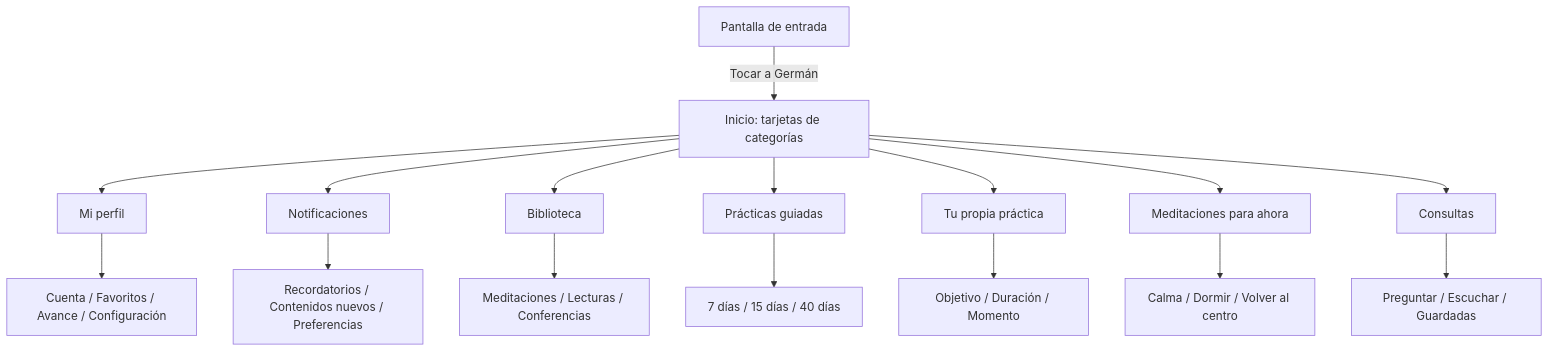
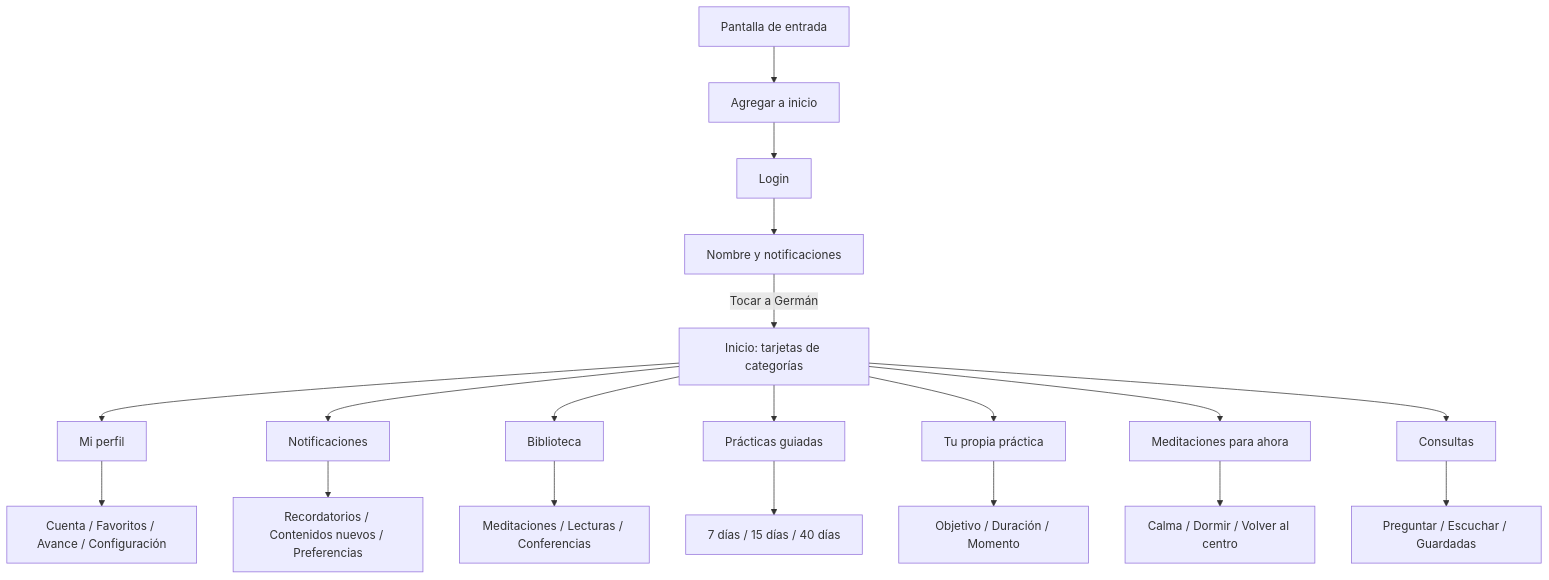
Before and after one commit to Germanmdq/german-landing: the diagram in PROJECT_MAP.md, drawn with Mermaid. The commit also changed other lines of this file and 11 other files, not shown here.

````diff
--- a/PROJECT_MAP.md
+++ b/PROJECT_MAP.md
@@ -7,19 +7,22 @@
 ```mermaid
 flowchart TD
-  A[Pantalla de entrada] -->|Tocar a Germán| B[Inicio: tarjetas de categorías]
+  A[Pantalla de entrada] --> I[Agregar a inicio]
+  I --> L0[Login]
+  L0 --> O0[Nombre y notificaciones]
+  O0 -->|Tocar a Germán| B[Inicio: tarjetas de categorías]
   B --> P[Mi perfil]
   B --> N[Notificaciones]
   B --> L[Biblioteca]
   B --> G[Prácticas guiadas]
   B --> O[Tu propia práctica]
   B --> M[Meditaciones para ahora]
   B --> Q[Consultas]
 
   P --> P1[Cuenta / Favoritos / Avance / Configuración]
   N --> N1[Recordatorios / Contenidos nuevos / Preferencias]
   L --> L1[Meditaciones / Lecturas / Conferencias]
   G --> G1[7 días / 15 días / 40 días]
   O --> O1[Objetivo / Duración / Momento]
   M --> M1[Calma / Dormir / Volver al centro]
   Q --> Q1[Preguntar / Escuchar / Guardadas]
 ```
````
